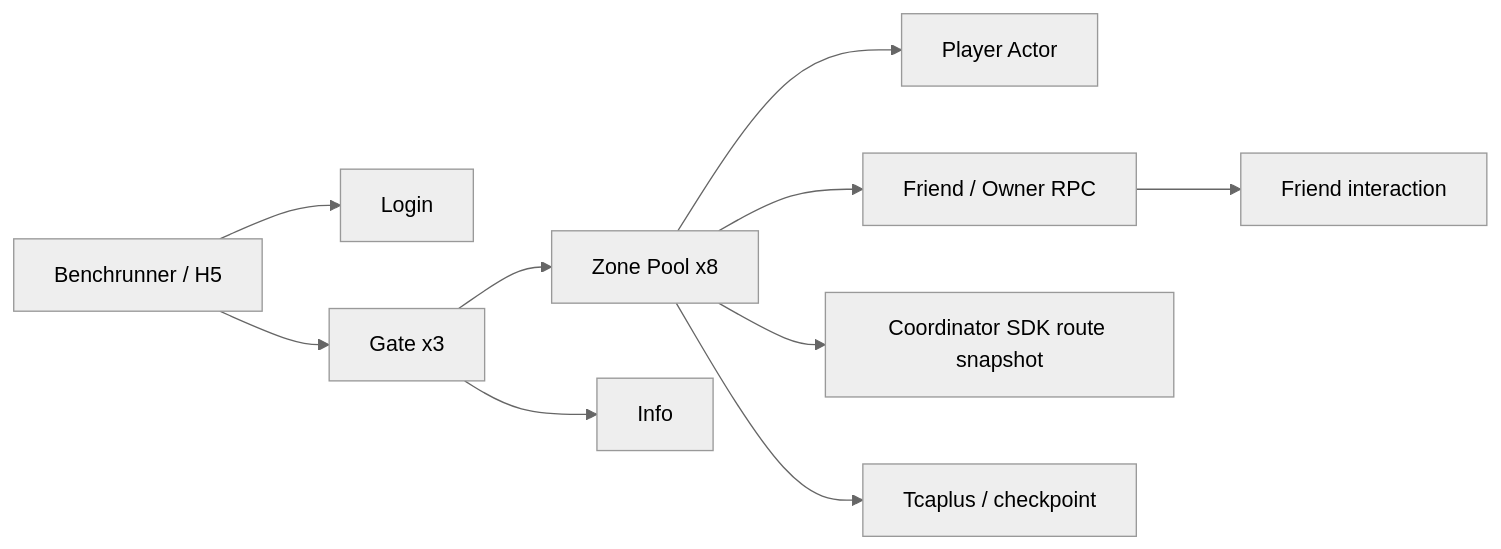
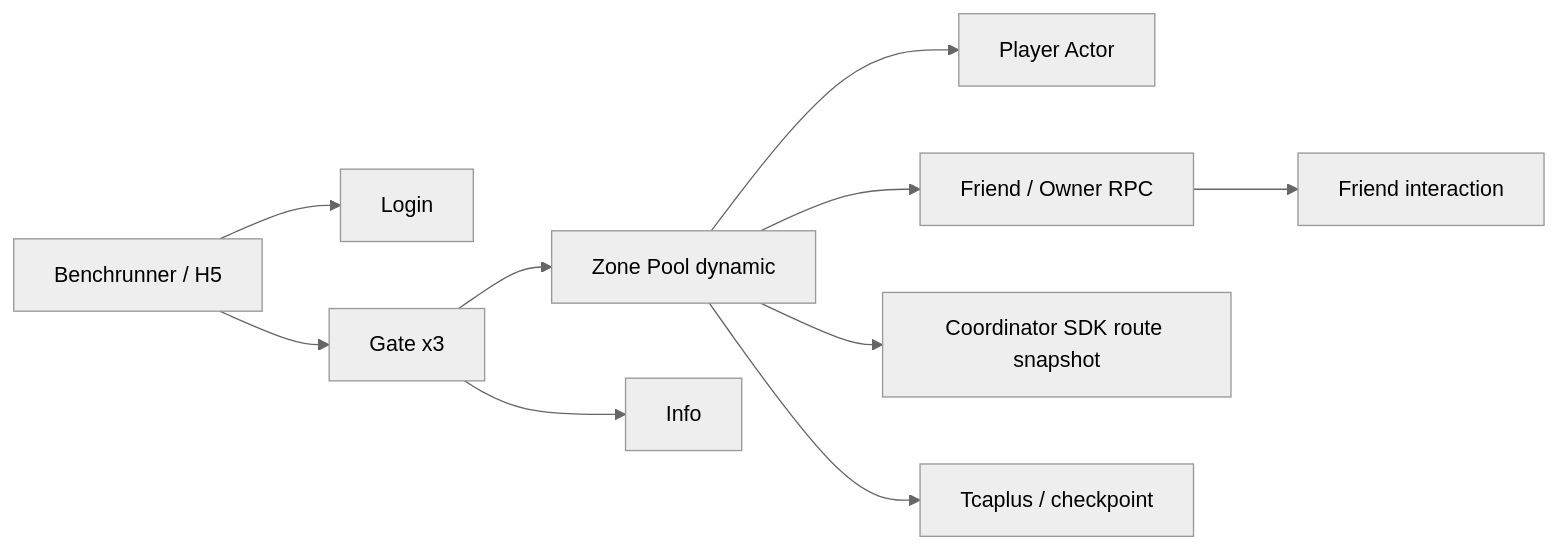
Before and after one commit to Wriosley/supernova-classic-farm: the first of 2 diagrams in docs/evidence/2026-08-19-classic-farm-performance-report.md, drawn with Mermaid (neutral theme). The commit also changed other lines of this file and 327 other files, not shown here.

````diff
--- a/docs/evidence/2026-08-19-classic-farm-performance-report.md
+++ b/docs/evidence/2026-08-19-classic-farm-performance-report.md
@@ -28,12 +33,12 @@
 ```mermaid
 flowchart LR
   C[Benchrunner / H5] --> L[Login]
   C --> G[Gate x3]
-  G --> Z[Zone Pool x8]
+  G --> Z[Zone Pool dynamic]
   Z --> A[Player Actor]
   Z --> F[Friend / Owner RPC]
   Z --> K[Coordinator SDK route snapshot]
   Z --> T[Tcaplus / checkpoint]
   G --> I[Info]
   F --> M[Friend interaction]
 ```
````
